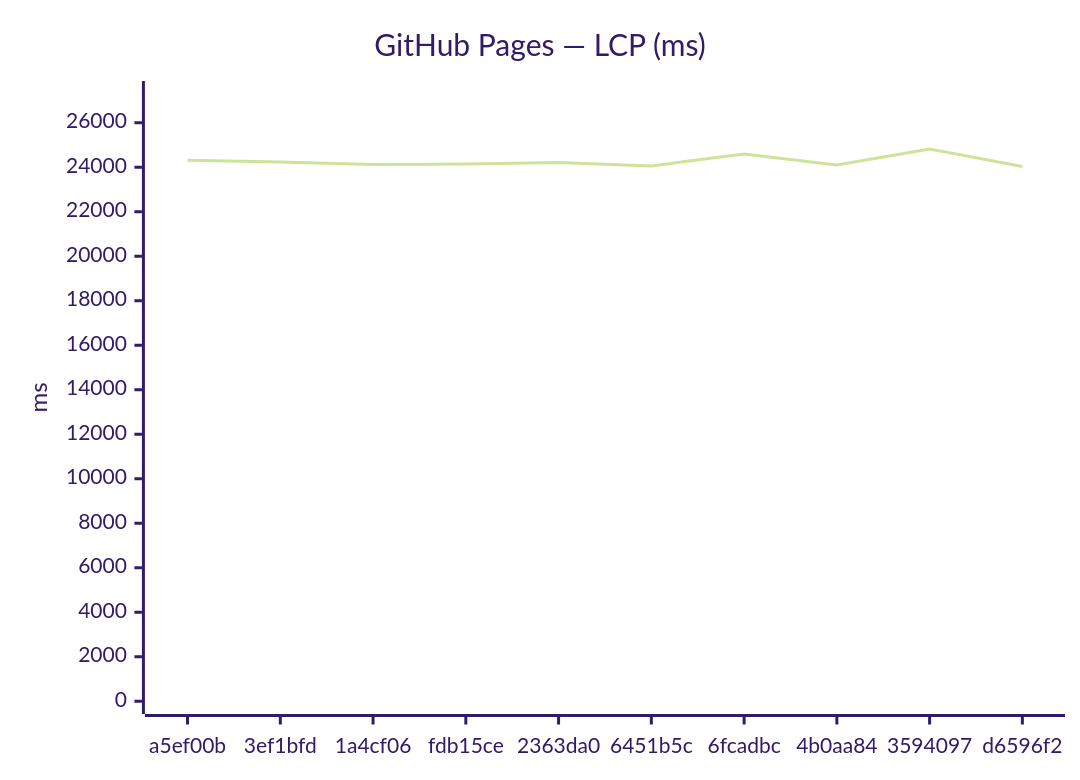
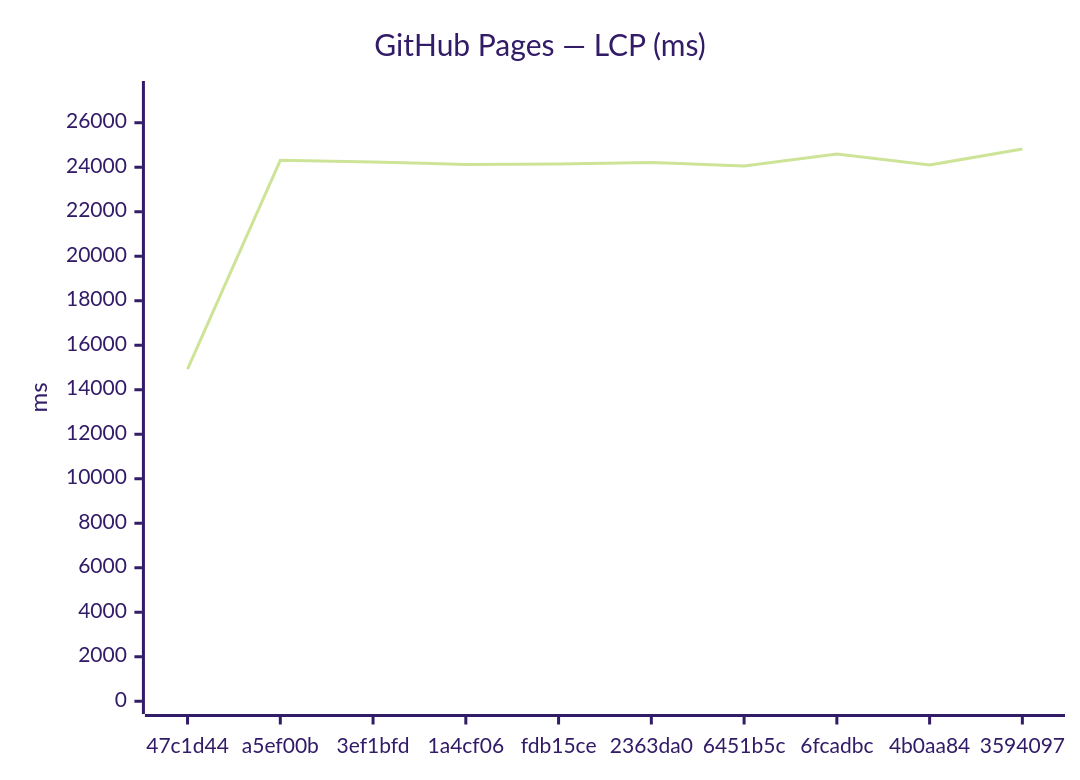
One commit to Metaheurist/Rianell changed the third of 12 diagrams in benchmarks/compare.md. Above: the diagram before and after it, drawn with Mermaid (forest theme). The commit also changed other lines of this file and 8 other files, not shown here.

````diff
--- a/benchmarks/compare.md
+++ b/benchmarks/compare.md
@@ -54,7 +54,7 @@
 ```mermaid
 xychart-beta
     title "GitHub Pages — LCP (ms)"
-    x-axis ["a5ef00b", "3ef1bfd", "1a4cf06", "fdb15ce", "2363da0", "6451b5c", "6fcadbc", "4b0aa84", "3594097", "d6596f2"]
+    x-axis ["47c1d44", "a5ef00b", "3ef1bfd", "1a4cf06", "fdb15ce", "2363da0", "6451b5c", "6fcadbc", "4b0aa84", "3594097"]
     y-axis "ms" 0 --> 27303
-    line [24310, 24236, 24125, 24144, 24218, 24056, 24599, 24101, 24820, 24030]
+    line [14929, 24310, 24236, 24125, 24144, 24218, 24056, 24599, 24101, 24820]
 ```
````
